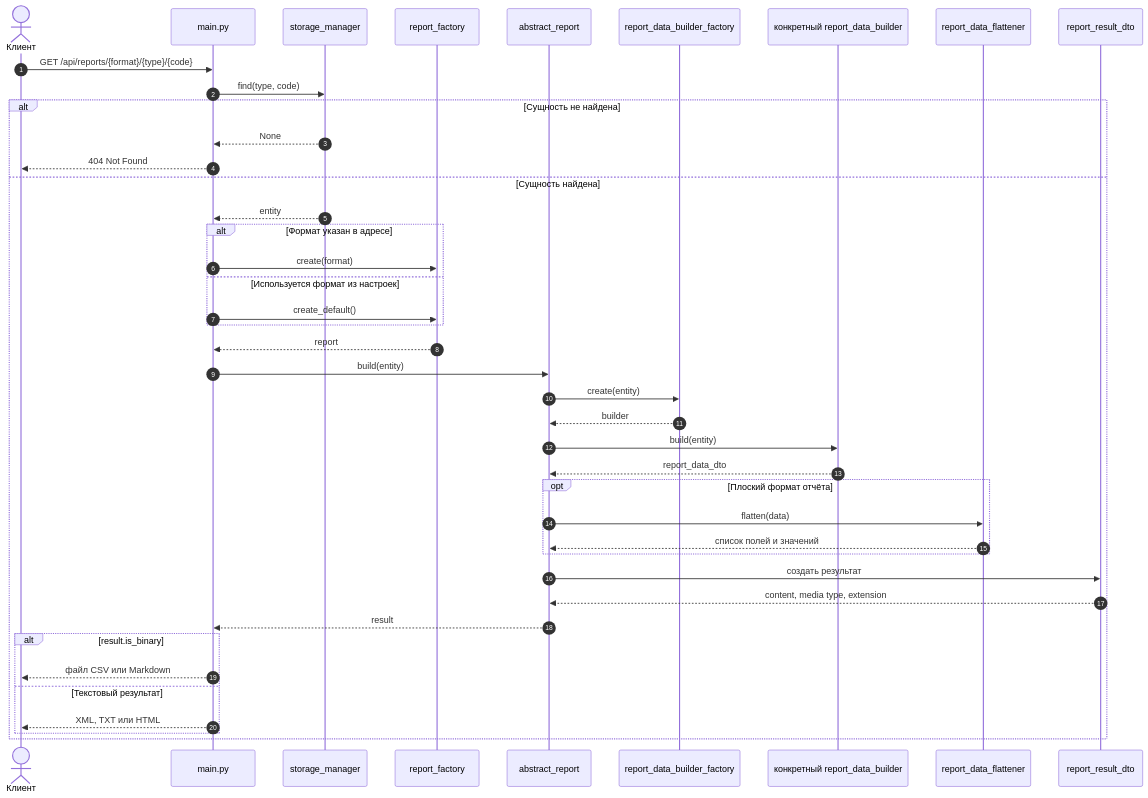
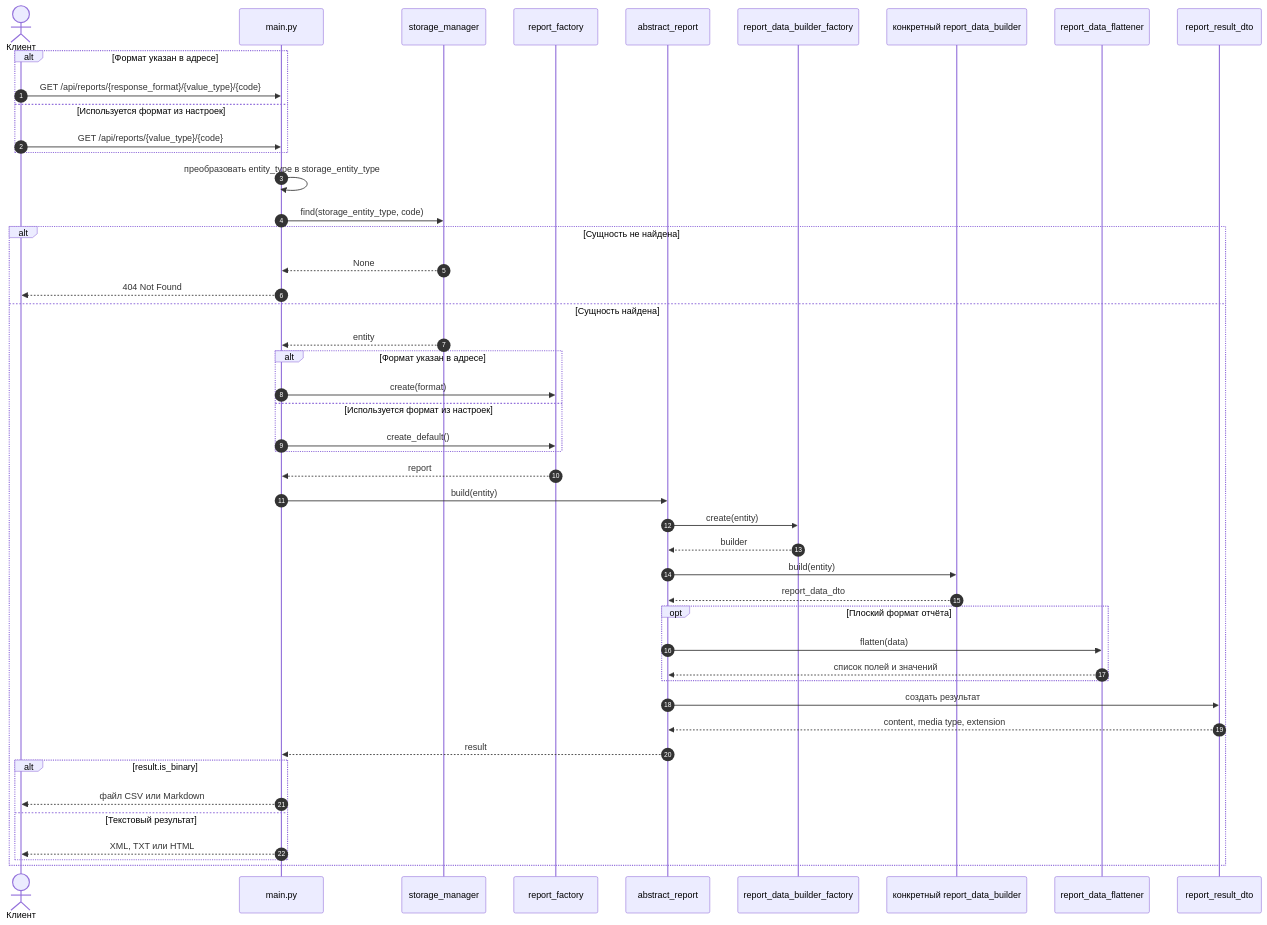
The second of 2 diagrams in Docs/UML/Reports.md (NikShep21/patterns2026), drawn with Mermaid before and after one commit. The commit also changed 5 other files, not shown here.

Commit message:
document the API and update UML diagrams

````diff
--- a/Docs/UML/Reports.md
+++ b/Docs/UML/Reports.md
@@ -172,49 +172,54 @@
 ```mermaid
 sequenceDiagram
     autonumber
     actor Client as Клиент
     participant API as main.py
     participant Storage as storage_manager
     participant Factory as report_factory
     participant Report as abstract_report
     participant BuilderFactory as report_data_builder_factory
     participant Builder as конкретный report_data_builder
     participant Flattener as report_data_flattener
     participant Result as report_result_dto
 
-    Client->>API: GET /api/reports/{format}/{type}/{code}
-    API->>Storage: find(type, code)
+    alt Формат указан в адресе
+        Client->>API: GET /api/reports/{response_format}/{value_type}/{code}
+    else Используется формат из настроек
+        Client->>API: GET /api/reports/{value_type}/{code}
+    end
+    API->>API: преобразовать entity_type в storage_entity_type
+    API->>Storage: find(storage_entity_type, code)
 
     alt Сущность не найдена
         Storage-->>API: None
         API-->>Client: 404 Not Found
     else Сущность найдена
         Storage-->>API: entity
 
         alt Формат указан в адресе
             API->>Factory: create(format)
         else Используется формат из настроек
             API->>Factory: create_default()
         end
 
         Factory-->>API: report
         API->>Report: build(entity)
         Report->>BuilderFactory: create(entity)
         BuilderFactory-->>Report: builder
         Report->>Builder: build(entity)
         Builder-->>Report: report_data_dto
         opt Плоский формат отчёта
             Report->>Flattener: flatten(data)
             Flattener-->>Report: список полей и значений
         end
         Report->>Result: создать результат
         Result-->>Report: content, media type, extension
         Report-->>API: result
 
         alt result.is_binary
             API-->>Client: файл CSV или Markdown
         else Текстовый результат
             API-->>Client: XML, TXT или HTML
         end
     end
 ```
````
